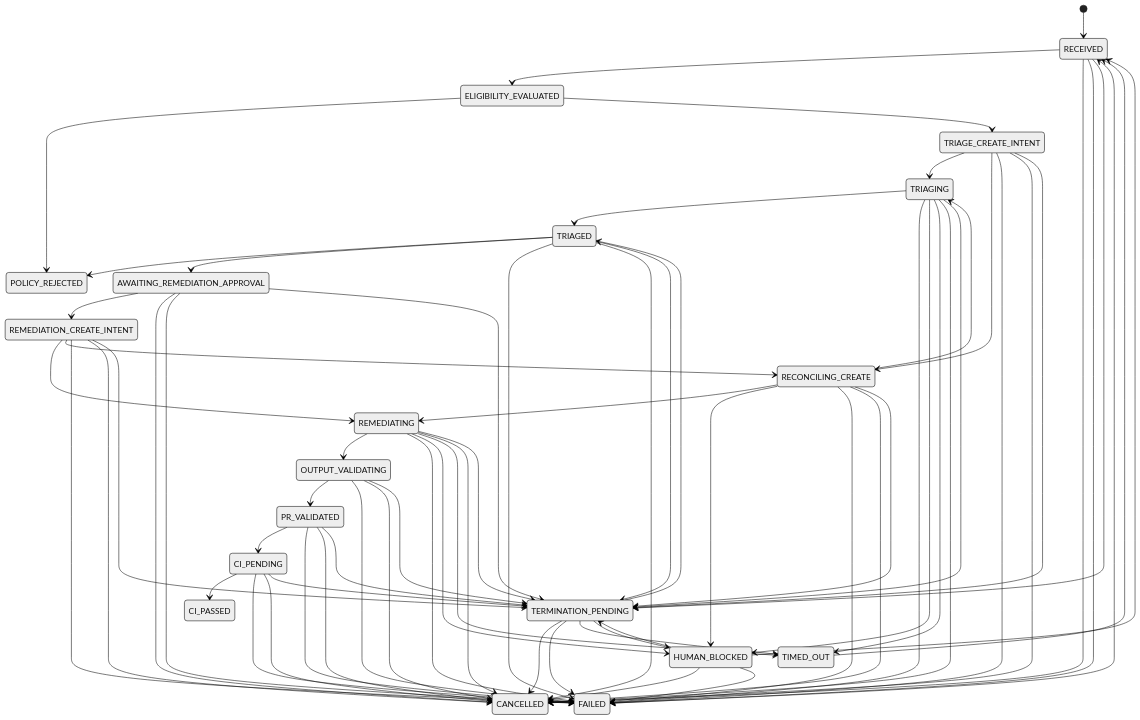
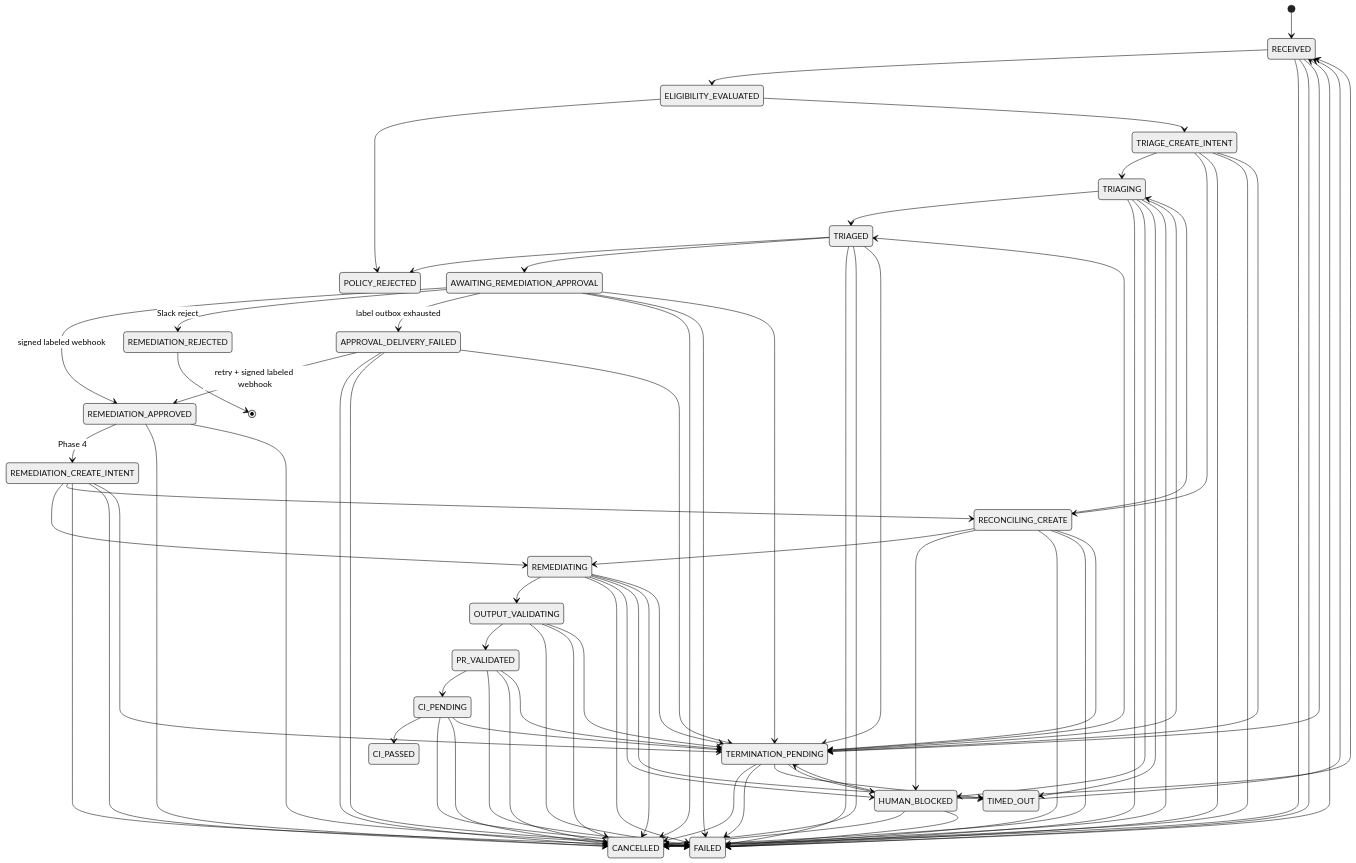
Before and after one commit to marcelaubry/superset-devin-remediator: the second of 2 diagrams in docs/architecture.md, drawn with Mermaid (neutral theme). The commit also changed other lines of this file and 42 other files, not shown here.

First line of the commit message:
Phase 3: Slack approval with GitHub label dispatch and signed webhook confirmation

````diff
--- a/docs/architecture.md
+++ b/docs/architecture.md
@@ -148,70 +220,80 @@
 ```mermaid
 stateDiagram-v2
   [*] --> RECEIVED
   RECEIVED --> ELIGIBILITY_EVALUATED
   ELIGIBILITY_EVALUATED --> POLICY_REJECTED
   ELIGIBILITY_EVALUATED --> TRIAGE_CREATE_INTENT
   TRIAGE_CREATE_INTENT --> TRIAGING
   TRIAGE_CREATE_INTENT --> RECONCILING_CREATE
   TRIAGE_CREATE_INTENT --> FAILED
   TRIAGE_CREATE_INTENT --> CANCELLED
   TRIAGE_CREATE_INTENT --> TERMINATION_PENDING
   TRIAGING --> TRIAGED
   TRIAGING --> FAILED
   TRIAGING --> HUMAN_BLOCKED
   TRIAGING --> TIMED_OUT
   TRIAGED --> POLICY_REJECTED
   TRIAGED --> AWAITING_REMEDIATION_APPROVAL
   TRIAGED --> FAILED
   TRIAGED --> CANCELLED
   TRIAGED --> TERMINATION_PENDING
-  AWAITING_REMEDIATION_APPROVAL --> REMEDIATION_CREATE_INTENT
+  AWAITING_REMEDIATION_APPROVAL --> REMEDIATION_APPROVED: signed labeled webhook
+  AWAITING_REMEDIATION_APPROVAL --> REMEDIATION_REJECTED: Slack reject
+  AWAITING_REMEDIATION_APPROVAL --> APPROVAL_DELIVERY_FAILED: label outbox exhausted
   AWAITING_REMEDIATION_APPROVAL --> CANCELLED
   AWAITING_REMEDIATION_APPROVAL --> FAILED
+  APPROVAL_DELIVERY_FAILED --> REMEDIATION_APPROVED: retry + signed labeled webhook
+  APPROVAL_DELIVERY_FAILED --> CANCELLED
+  APPROVAL_DELIVERY_FAILED --> FAILED
+  APPROVAL_DELIVERY_FAILED --> TERMINATION_PENDING
+  REMEDIATION_APPROVED --> REMEDIATION_CREATE_INTENT: Phase 4
+  REMEDIATION_APPROVED --> CANCELLED
+  REMEDIATION_APPROVED --> FAILED
+  REMEDIATION_REJECTED --> [*]
   REMEDIATION_CREATE_INTENT --> REMEDIATING
   REMEDIATION_CREATE_INTENT --> RECONCILING_CREATE
   REMEDIATION_CREATE_INTENT --> FAILED
   REMEDIATION_CREATE_INTENT --> CANCELLED
   REMEDIATION_CREATE_INTENT --> TERMINATION_PENDING
   REMEDIATING --> OUTPUT_VALIDATING
   REMEDIATING --> FAILED
   REMEDIATING --> HUMAN_BLOCKED
   REMEDIATING --> TIMED_OUT
   OUTPUT_VALIDATING --> PR_VALIDATED
   OUTPUT_VALIDATING --> FAILED
   OUTPUT_VALIDATING --> CANCELLED
   OUTPUT_VALIDATING --> TERMINATION_PENDING
   PR_VALIDATED --> CI_PENDING
   PR_VALIDATED --> FAILED
   PR_VALIDATED --> CANCELLED
   PR_VALIDATED --> TERMINATION_PENDING
   CI_PENDING --> CI_PASSED
   CI_PENDING --> FAILED
   CI_PENDING --> CANCELLED
   CI_PENDING --> TERMINATION_PENDING
   HUMAN_BLOCKED --> RECEIVED
   HUMAN_BLOCKED --> CANCELLED
   HUMAN_BLOCKED --> FAILED
   HUMAN_BLOCKED --> TERMINATION_PENDING
   FAILED --> RECEIVED
   TIMED_OUT --> RECEIVED
   TERMINATION_PENDING --> CANCELLED
   TERMINATION_PENDING --> FAILED
   RECEIVED --> CANCELLED
   RECEIVED --> FAILED
   RECEIVED --> TERMINATION_PENDING
   TRIAGING --> CANCELLED
   TRIAGING --> TERMINATION_PENDING
   REMEDIATING --> CANCELLED
   REMEDIATING --> TERMINATION_PENDING
   AWAITING_REMEDIATION_APPROVAL --> TERMINATION_PENDING
   RECONCILING_CREATE --> TRIAGING
   RECONCILING_CREATE --> REMEDIATING
   RECONCILING_CREATE --> HUMAN_BLOCKED
   RECONCILING_CREATE --> FAILED
   RECONCILING_CREATE --> CANCELLED
   RECONCILING_CREATE --> TERMINATION_PENDING
   TERMINATION_PENDING --> TIMED_OUT
   TERMINATION_PENDING --> TRIAGED
   TERMINATION_PENDING --> HUMAN_BLOCKED
 ```
````
